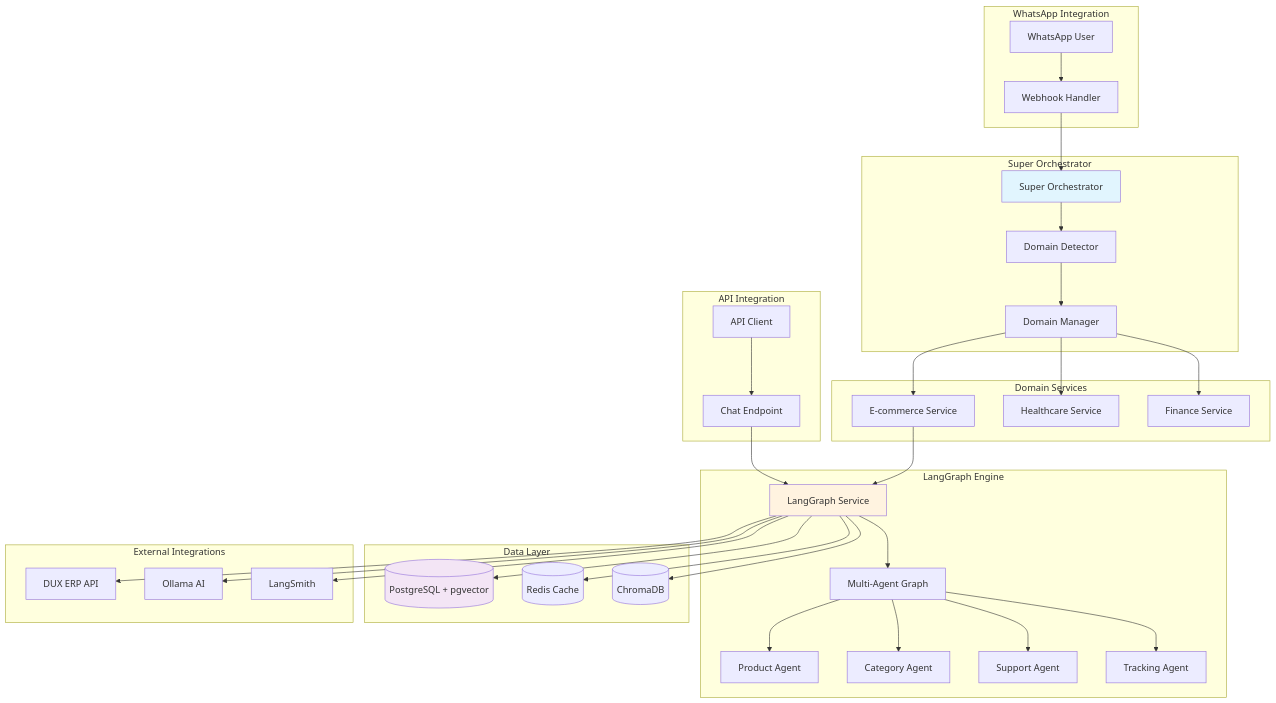
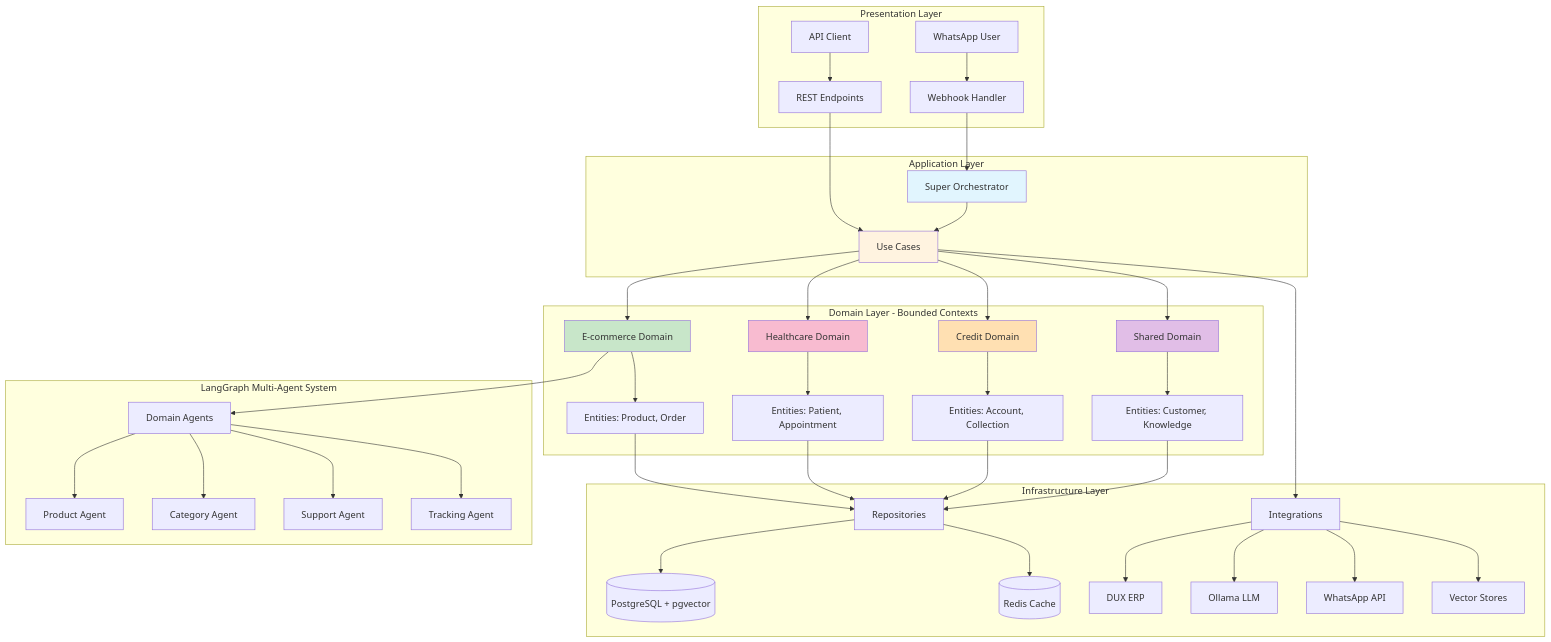
One commit to Excelencia-Digital-Soft/aynux-ai-platform changed the diagram in README.md. Above: the diagram before and after it, drawn with Mermaid. The commit also changed other lines of this file and 1 other file, not shown here.

First line of the commit message:
docs: Actualizar README y CLAUDE.md con Clean Architecture

````diff
--- a/README.md
+++ b/README.md
@@ -185,48 +249,56 @@
 ```mermaid
 graph TB
-    subgraph "WhatsApp Integration"
+    subgraph "Presentation Layer"
         WA[WhatsApp User] --> Webhook[Webhook Handler]
+        API[API Client] --> REST[REST Endpoints]
     end
 
-    subgraph "API Integration"
-        API[API Client] --> Chat[Chat Endpoint]
+    subgraph "Application Layer"
+        Webhook --> SO[Super Orchestrator]
+        REST --> UC[Use Cases]
+        SO --> UC
     end
 
-    subgraph "Super Orchestrator"
-        Webhook --> SO[Super Orchestrator]
-        SO --> DD[Domain Detector]
-        DD --> DM[Domain Manager]
+    subgraph "Domain Layer - Bounded Contexts"
+        UC --> ECOM[E-commerce Domain]
+        UC --> HEALTH[Healthcare Domain]
+        UC --> CREDIT[Credit Domain]
+        UC --> SHARED[Shared Domain]
+
+        ECOM --> ECOM_ENT[Entities: Product, Order]
+        HEALTH --> HEALTH_ENT[Entities: Patient, Appointment]
+        CREDIT --> CREDIT_ENT[Entities: Account, Collection]
+        SHARED --> SHARED_ENT[Entities: Customer, Knowledge]
     end
 
-    subgraph "Domain Services"
-        DM --> EC[E-commerce Service]
-        DM --> HC[Healthcare Service]
-        DM --> FC[Finance Service]
+    subgraph "Infrastructure Layer"
+        ECOM_ENT --> REPO[Repositories]
+        HEALTH_ENT --> REPO
+        CREDIT_ENT --> REPO
+        SHARED_ENT --> REPO
+
+        REPO --> PG[(PostgreSQL + pgvector)]
+        REPO --> RD[(Redis Cache)]
+
+        UC --> INT[Integrations]
+        INT --> DUX[DUX ERP]
+        INT --> OL[Ollama LLM]
+        INT --> WS[WhatsApp API]
+        INT --> VEC[Vector Stores]
     end
 
-    subgraph "LangGraph Engine"
-        Chat --> LG[LangGraph Service]
-        EC --> LG
-        LG --> AG[Multi-Agent Graph]
-        AG --> PA[Product Agent]
-        AG --> CA[Category Agent]
-        AG --> SA[Support Agent]
-        AG --> TA[Tracking Agent]
-    end
-
-    subgraph "Data Layer"
-        LG --> PG[(PostgreSQL + pgvector)]
-        LG --> RD[(Redis Cache)]
-        LG --> CH[(ChromaDB)]
-    end
-
-    subgraph "External Integrations"
-        LG --> DUX[DUX ERP API]
-        LG --> OL[Ollama AI]
-        LG --> LS[LangSmith]
+    subgraph "LangGraph Multi-Agent System"
+        ECOM --> AGENTS[Domain Agents]
+        AGENTS --> PA[Product Agent]
+        AGENTS --> CA[Category Agent]
+        AGENTS --> SA[Support Agent]
+        AGENTS --> TA[Tracking Agent]
     end
 
     style SO fill:#e1f5fe
-    style LG fill:#fff3e0
-    style PG fill:#f3e5f5
+    style UC fill:#fff3e0
+    style ECOM fill:#c8e6c9
+    style HEALTH fill:#f8bbd0
+    style CREDIT fill:#ffe0b2
+    style SHARED fill:#e1bee7
 ```
````
